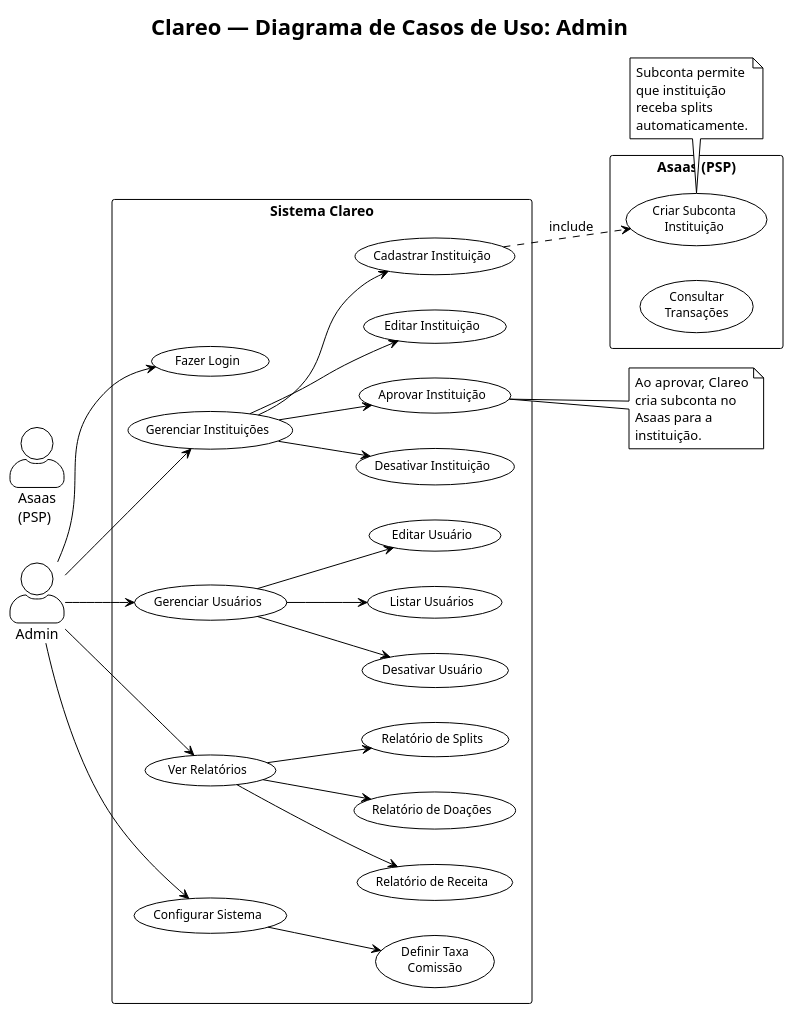
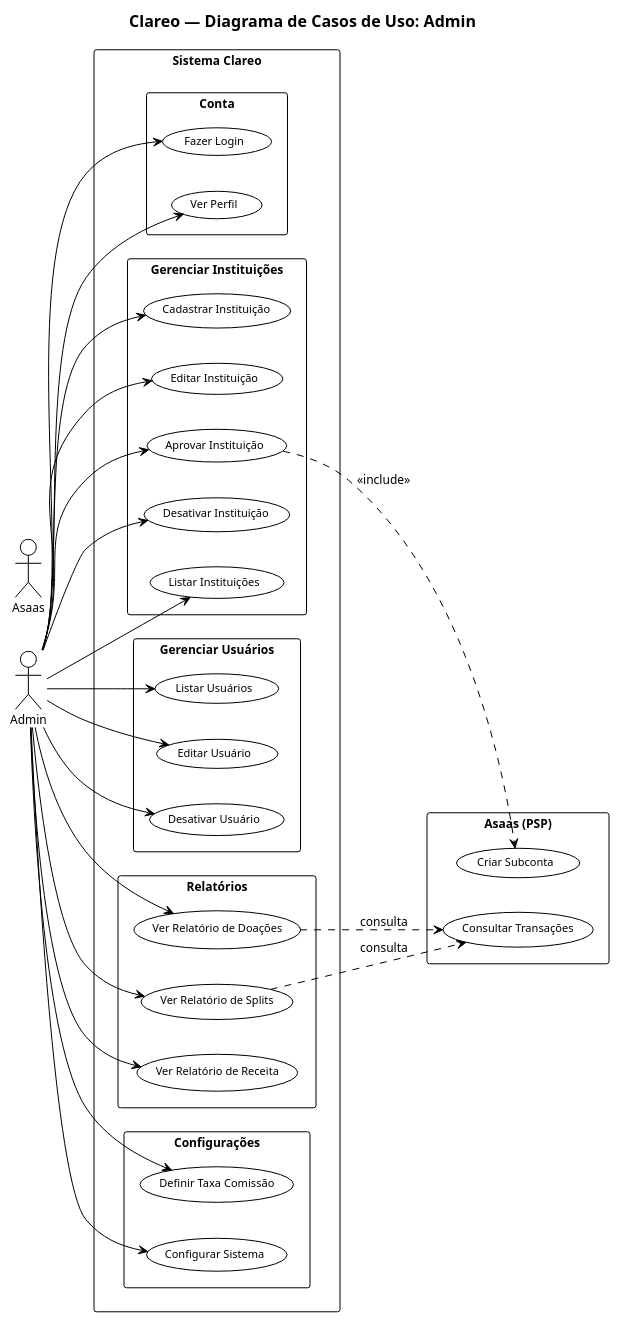
One commit to GabrielHR0/clareo-api changed the diagram in doc/asaas/diagramas/04-ADMIN.puml. Above: the diagram before and after it, drawn with PlantUML. The commit also changed 8 other files, not shown here.

Commit message:
docs: reorganizar diagramas PlantUML - bonequinhos de palito, packages, layout limpo

```diff
--- a/doc/asaas/diagramas/04-ADMIN.puml
+++ b/doc/asaas/diagramas/04-ADMIN.puml
@@ -1,76 +1,82 @@
 @startuml Clareo - Admin
 !theme plain
-left to right direction
-skinparam actorStyle awesome
+skinparam defaultFontName Arial
+skinparam defaultFontSize 12
+skinparam packageFontSize 13
 skinparam packageStyle rectangle
-skinparam packageFontSize 14
-skinparam usecaseFontSize 12
-skinparam defaultFontName Arial
+skinparam useCaseFontSize 11
+skinparam actorFontSize 12
+skinparam titleFontSize 16
+skinparam titleFontStyle bold
 
 title Clareo — Diagrama de Casos de Uso: Admin
 
+left to right direction
+
+' ===== Atores =====
 actor "Admin" as Admin
-actor "Asaas\n(PSP)" as Asaas
+actor "Asaas" as Asaas
 
+' ===== Sistema =====
 rectangle "Sistema Clareo" {
-  usecase "Fazer Login" as UC1
-  usecase "Gerenciar Instituições" as UC2
-  usecase "Cadastrar Instituição" as UC3
-  usecase "Editar Instituição" as UC4
-  usecase "Aprovar Instituição" as UC5
-  usecase "Desativar Instituição" as UC6
-  usecase "Gerenciar Usuários" as UC7
-  usecase "Listar Usuários" as UC8
-  usecase "Editar Usuário" as UC9
-  usecase "Desativar Usuário" as UC10
-  usecase "Ver Relatórios" as UC11
-  usecase "Relatório de Doações" as UC12
-  usecase "Relatório de Splits" as UC13
-  usecase "Relatório de Receita" as UC14
-  usecase "Configurar Sistema" as UC15
-  usecase "Definir Taxa\nComissão" as UC16
+
+  package "Conta" {
+    usecase "Fazer Login" as UC1
+    usecase "Ver Perfil" as UC2
+  }
+
+  package "Gerenciar Instituições" {
+    usecase "Cadastrar Instituição" as UC3
+    usecase "Editar Instituição" as UC4
+    usecase "Aprovar Instituição" as UC5
+    usecase "Desativar Instituição" as UC6
+    usecase "Listar Instituições" as UC7
+  }
+
+  package "Gerenciar Usuários" {
+    usecase "Listar Usuários" as UC8
+    usecase "Editar Usuário" as UC9
+    usecase "Desativar Usuário" as UC10
+  }
+
+  package "Relatórios" {
+    usecase "Ver Relatório de Doações" as UC11
+    usecase "Ver Relatório de Splits" as UC12
+    usecase "Ver Relatório de Receita" as UC13
+  }
+
+  package "Configurações" {
+    usecase "Definir Taxa Comissão" as UC14
+    usecase "Configurar Sistema" as UC15
+  }
 }
 
+' ===== Asaas =====
 rectangle "Asaas (PSP)" {
-  usecase "Criar Subconta\nInstituição" as UC_A1
-  usecase "Consultar\nTransações" as UC_A2
+  usecase "Criar Subconta" as UC_A1
+  usecase "Consultar Transações" as UC_A2
 }
 
+' ===== Conexões =====
 Admin --> UC1
 Admin --> UC2
+Admin --> UC3
+Admin --> UC4
+Admin --> UC5
+Admin --> UC6
 Admin --> UC7
+Admin --> UC8
+Admin --> UC9
+Admin --> UC10
 Admin --> UC11
+Admin --> UC12
+Admin --> UC13
+Admin --> UC14
 Admin --> UC15
 
-UC2 --> UC3
-UC2 --> UC4
-UC2 --> UC5
-UC2 --> UC6
-
-UC7 --> UC8
-UC7 --> UC9
-UC7 --> UC10
-
-UC11 --> UC12
-UC11 --> UC13
-UC11 --> UC14
-
-UC15 --> UC16
-
-UC3 ..> UC_A1 : include
-
-note right of UC5
-  Ao aprovar, Clareo
-  cria subconta no
-  Asaas para a
-  instituição.
-end note
-
-note bottom of UC_A1
-  Subconta permite
-  que instituição
-  receba splits
-  automaticamente.
-end note
+' ===== Relacionamentos =====
+UC5 ..> UC_A1 : <<include>>
+UC11 ..> UC_A2 : consulta
+UC12 ..> UC_A2 : consulta
 
 @enduml
```
